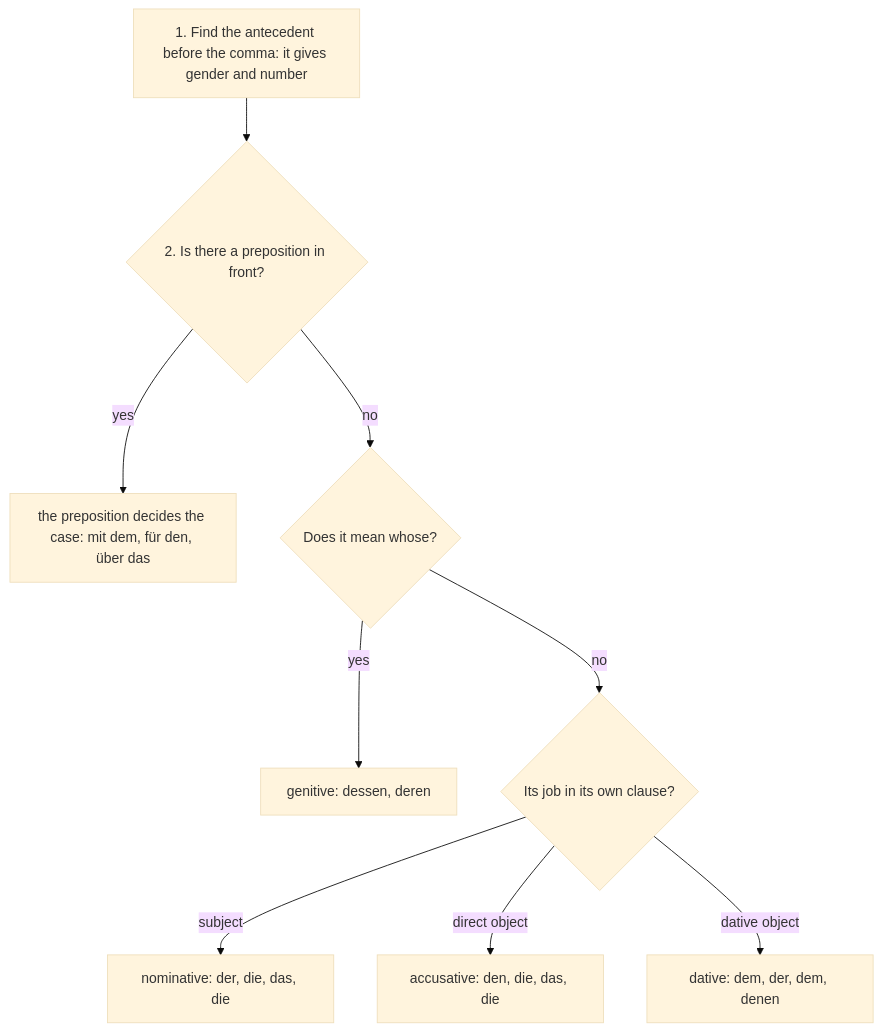
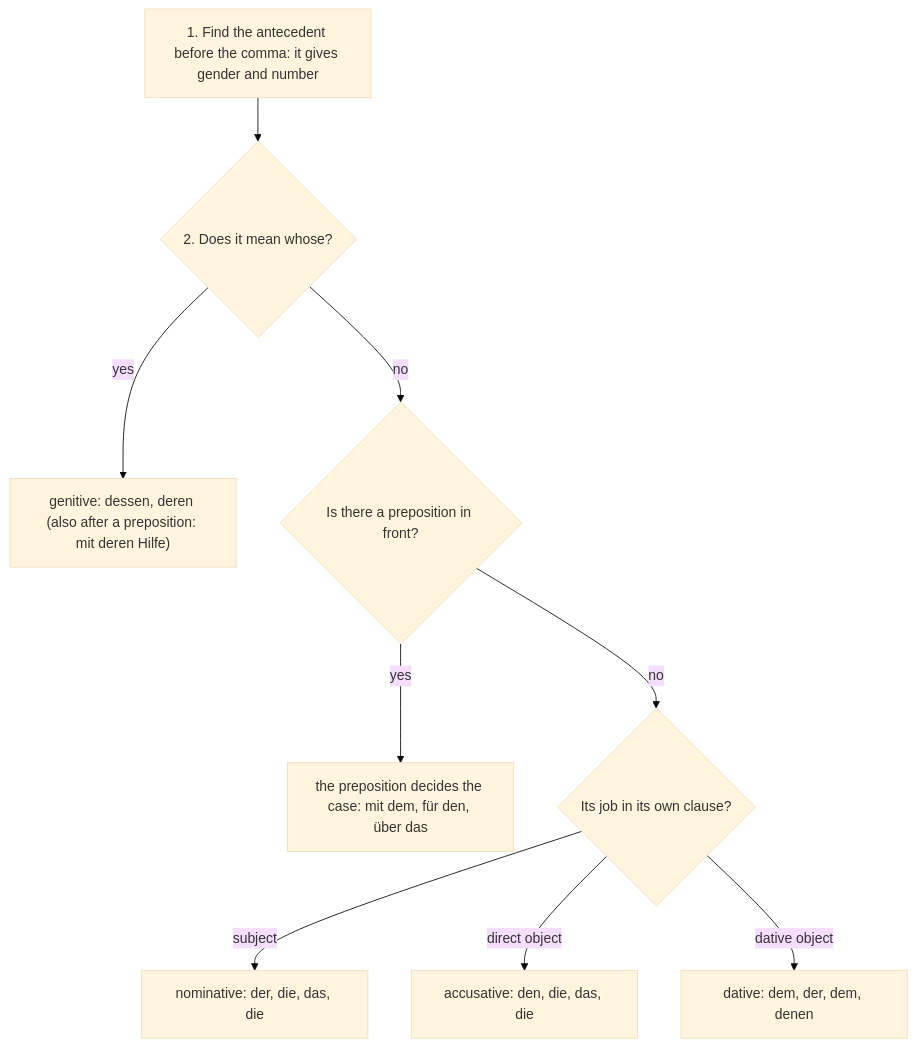
Before and after one commit to Aziliz/erudior: the diagram in content/languages/german-b1/lessons/11-relative-all.md, drawn with Mermaid (base theme). The commit also changed 36 other files, not shown here.

First line of the commit message:
Drills: tight thousands separator inside TeX, keep sig-fig trailing zeros; review round 2: german-b1 de3-m2..m5 fixes

````diff
--- a/content/languages/german-b1/lessons/11-relative-all.md
+++ b/content/languages/german-b1/lessons/11-relative-all.md
@@ -98,13 +98,13 @@
 ```mermaid
 flowchart TD
   accTitle: Choosing the relative pronoun
-  accDescr: Step 1, find the antecedent before the comma; it gives the gender and number. Step 2, is there a preposition in front of the pronoun? If yes, the preposition decides the case, as in mit dem, für den, über das. If not, does the pronoun mean whose? If yes, use the genitive dessen or deren. If not, ask what job the pronoun does in its own clause: as the subject it is nominative (der, die, das, die), as a direct object accusative (den, die, das, die), and as the object of a dative verb dative (dem, der, dem, denen).
-  A["1. Find the antecedent before the comma: it gives gender and number"] --> Q1{"2. Is there a preposition in front?"}
-  Q1 -- "yes" --> P["the preposition decides the case: mit dem, für den, über das"]
-  Q1 -- "no" --> Q2{"Does it mean whose?"}
-  Q2 -- "yes" --> G["genitive: dessen, deren"]
+  accDescr: Step 1, find the antecedent before the comma; it gives the gender and number. Step 2, does the pronoun mean whose? If yes, use the genitive dessen or deren, even after a preposition, as in mit deren Hilfe. If not, is there a preposition in front of the pronoun? If yes, the preposition decides the case, as in mit dem, für den, über das. If not, ask what job the pronoun does in its own clause: as the subject it is nominative (der, die, das, die), as a direct object accusative (den, die, das, die), and as the object of a dative verb dative (dem, der, dem, denen).
+  A["1. Find the antecedent before the comma: it gives gender and number"] --> Q1{"2. Does it mean whose?"}
+  Q1 -- "yes" --> G["genitive: dessen, deren (also after a preposition: mit deren Hilfe)"]
+  Q1 -- "no" --> Q2{"Is there a preposition in front?"}
+  Q2 -- "yes" --> P["the preposition decides the case: mit dem, für den, über das"]
   Q2 -- "no" --> Q3{"Its job in its own clause?"}
   Q3 -- "subject" --> N["nominative: der, die, das, die"]
   Q3 -- "direct object" --> K["accusative: den, die, das, die"]
   Q3 -- "dative object" --> D["dative: dem, der, dem, denen"]
 ```
````
